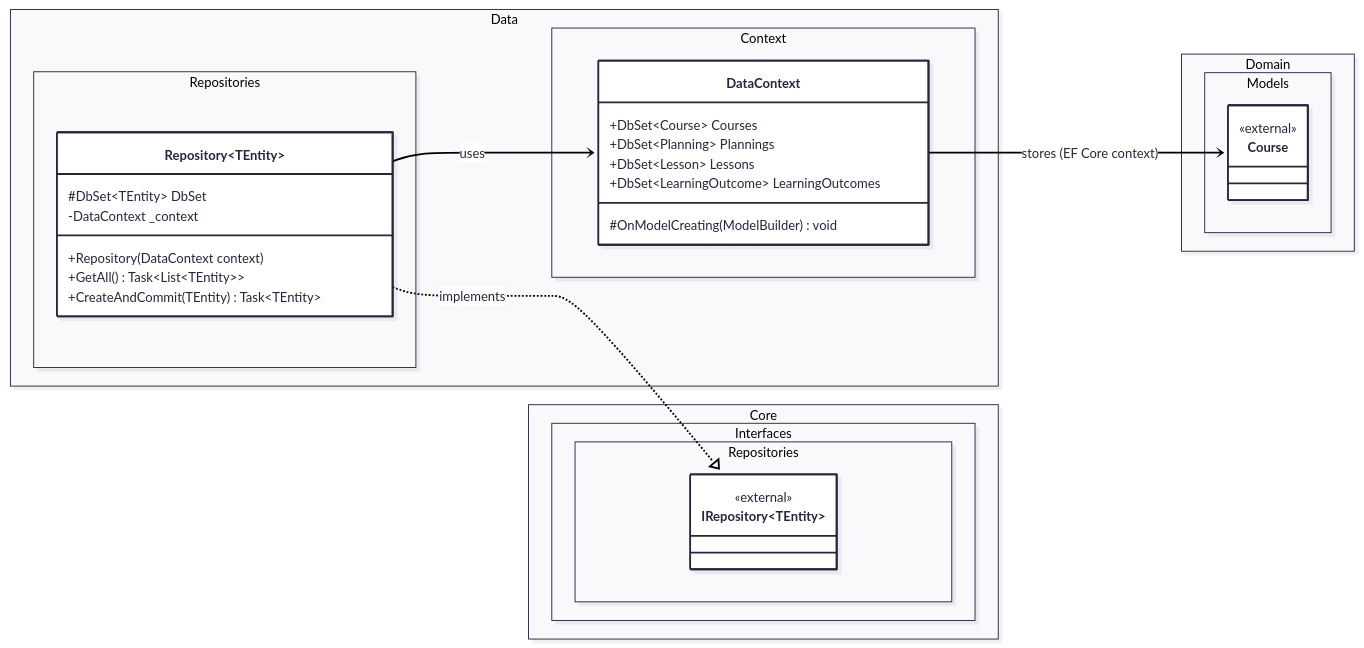
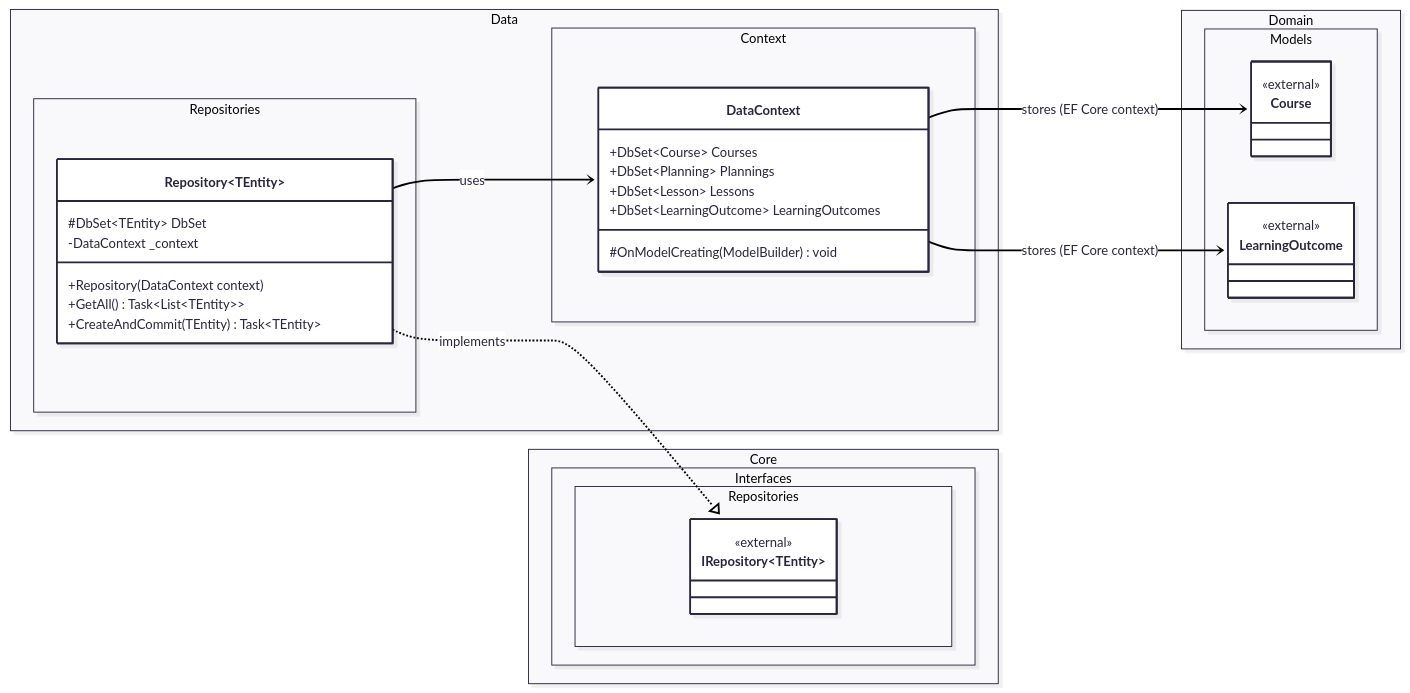
The diagram in Data/Diagrams/Data.mermaid (kelvin0307/oose), drawn with Mermaid before and after one commit. The commit also changed 3 other files, not shown here.

Commit message:
Updated diagrams

```diff
--- a/Data/Diagrams/Data.mermaid
+++ b/Data/Diagrams/Data.mermaid
@@ -1,44 +1,49 @@
 ---
 config:
   look: neo
   theme: redux
   layout: dagre
 ---
 classDiagram
 direction LR    
     namespace Data.Repositories {
         class Repository~TEntity~ {
             #DbSet~TEntity~ DbSet
             -DataContext _context
             +Repository(DataContext context)
             +GetAll() Task~List~TEntity~~
             +CreateAndCommit(TEntity) Task~TEntity~
         }
     }
 
     namespace Data.Context {
         class DataContext {
             +DbSet~Course~ Courses
             +DbSet~Planning~ Plannings
             +DbSet~Lesson~ Lessons
             +DbSet~LearningOutcome~ LearningOutcomes
             #OnModelCreating(ModelBuilder) void
         }
     }
 
     namespace Core.Interfaces.Repositories {
         class IRepository~TEntity~{
             <<external>>
         }
     }
 
     namespace Domain.Models{
         class Course{
             <<external>>
         }
+
+        class LearningOutcome{
+            <<external>>
+        }
     }
 
 %% Relations
     Repository~TEntity~ --> DataContext : uses
     Repository~TEntity~ ..|> IRepository : implements
     DataContext --> Course : stores (EF Core context)
+    DataContext --> LearningOutcome : stores (EF Core context)
```
